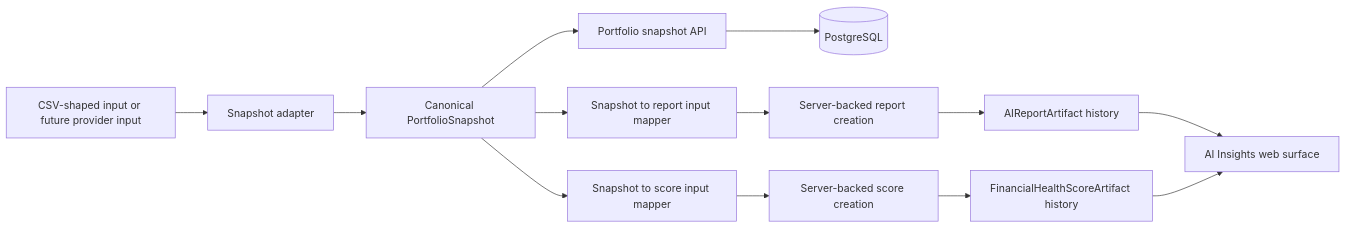
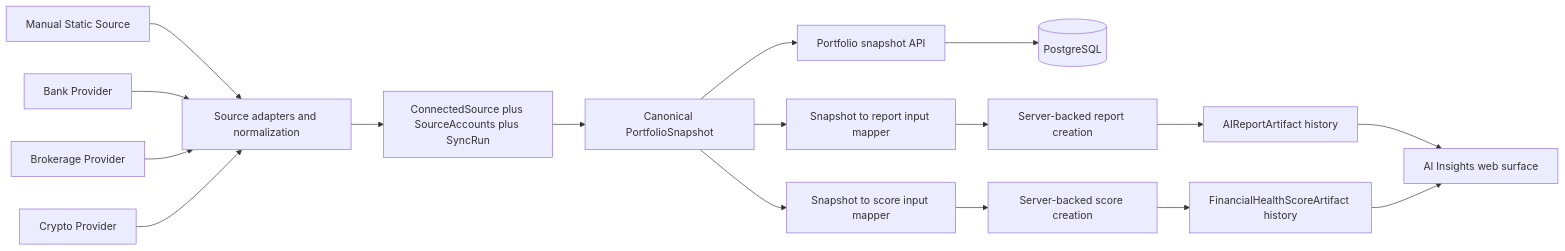
The second of 2 diagrams in README.md (yuzequn095/Aurum), drawn with Mermaid before and after one commit. The commit also changed other lines of this file and 3 other files, not shown here.

````diff
--- a/README.md
+++ b/README.md
@@ -260,16 +298,23 @@
 ```mermaid
 flowchart LR
-  CSV[CSV-shaped input or future provider input]
-  CSV --> ADAPTER[Snapshot adapter]
-  ADAPTER --> SNAPSHOT[Canonical PortfolioSnapshot]
+  MANUAL[Manual Static Source]
+  BANK[Bank Provider]
+  BROKERAGE[Brokerage Provider]
+  CRYPTO[Crypto Provider]
+  MANUAL --> ADAPTERS[Source adapters and normalization]
+  BANK --> ADAPTERS
+  BROKERAGE --> ADAPTERS
+  CRYPTO --> ADAPTERS
+  ADAPTERS --> CONNECTED[ConnectedSource plus SourceAccounts plus SyncRun]
+  CONNECTED --> SNAPSHOT[Canonical PortfolioSnapshot]
   SNAPSHOT --> API[Portfolio snapshot API]
   API --> DB[(PostgreSQL)]
   SNAPSHOT --> REPORTMAP[Snapshot to report input mapper]
   SNAPSHOT --> SCOREMAP[Snapshot to score input mapper]
   REPORTMAP --> REPORTCMD[Server-backed report creation]
   SCOREMAP --> SCORECMD[Server-backed score creation]
   REPORTCMD --> REPORTS[AIReportArtifact history]
   SCORECMD --> SCORES[FinancialHealthScoreArtifact history]
   REPORTS --> INSIGHTS[AI Insights web surface]
   SCORES --> INSIGHTS
 ```
````
